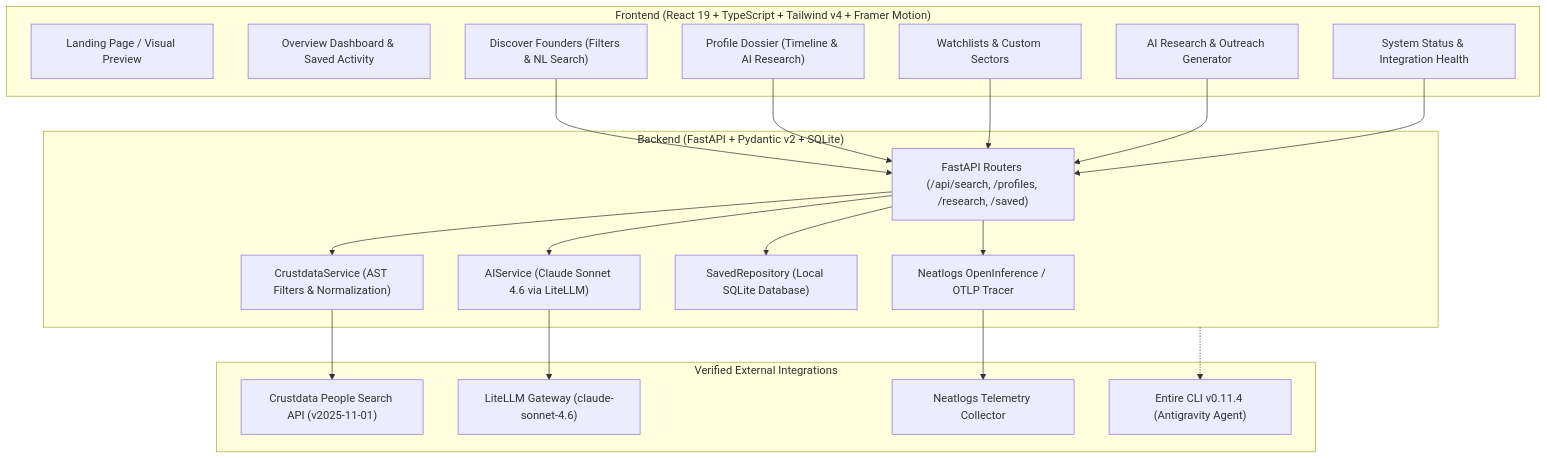
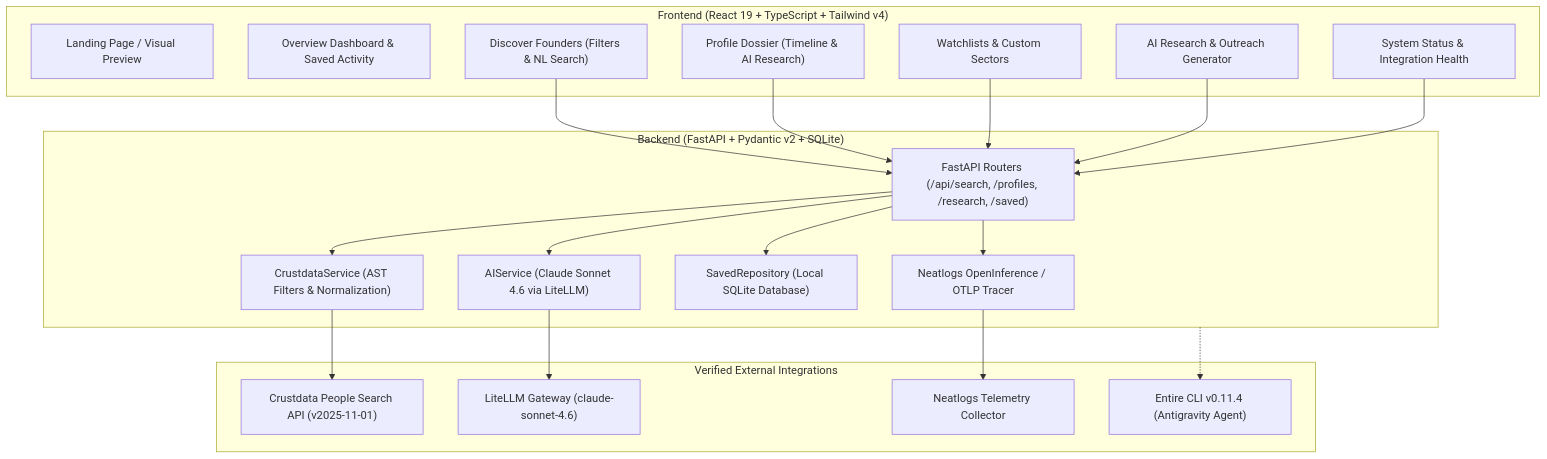
Before and after one commit to chetan28097/founder-radar-next: the diagram in README.md, drawn with Mermaid. The commit also changed other lines of this file and 46 other files, not shown here.

````diff
--- a/README.md
+++ b/README.md
@@ -22,43 +22,43 @@
 ```mermaid
 flowchart TD
-    subgraph Frontend["Frontend (React 19 + TypeScript + Tailwind v4 + Framer Motion)"]
+    subgraph Frontend["Frontend (React 19 + TypeScript + Tailwind v4)"]
         Landing["Landing Page / Visual Preview"]
         Overview["Overview Dashboard & Saved Activity"]
         Discover["Discover Founders (Filters & NL Search)"]
         Dossier["Profile Dossier (Timeline & AI Research)"]
         Watchlist["Watchlists & Custom Sectors"]
         Research["AI Research & Outreach Generator"]
         Settings["System Status & Integration Health"]
     end
 
     subgraph Backend["Backend (FastAPI + Pydantic v2 + SQLite)"]
         API["FastAPI Routers (/api/search, /profiles, /research, /saved)"]
         CrustService["CrustdataService (AST Filters & Normalization)"]
         AIService["AIService (Claude Sonnet 4.6 via LiteLLM)"]
         SavedRepo["SavedRepository (Local SQLite Database)"]
         Tracer["Neatlogs OpenInference / OTLP Tracer"]
     end
 
     subgraph External["Verified External Integrations"]
         CrustAPI["Crustdata People Search API (v2025-11-01)"]
         LiteLLM["LiteLLM Gateway (claude-sonnet-4.6)"]
         NeatlogsSvr["Neatlogs Telemetry Collector"]
         EntireDev["Entire CLI v0.11.4 (Antigravity Agent)"]
     end
 
     Discover --> API
     Dossier --> API
     Watchlist --> API
     Research --> API
     Settings --> API
 
     API --> CrustService
     API --> AIService
     API --> SavedRepo
     API --> Tracer
 
     CrustService --> CrustAPI
     AIService --> LiteLLM
     Tracer --> NeatlogsSvr
     Backend -.-> EntireDev
 ```
````
